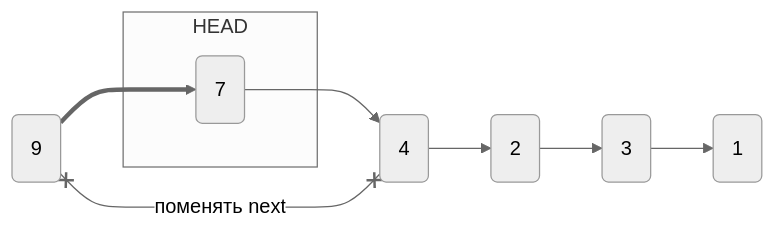
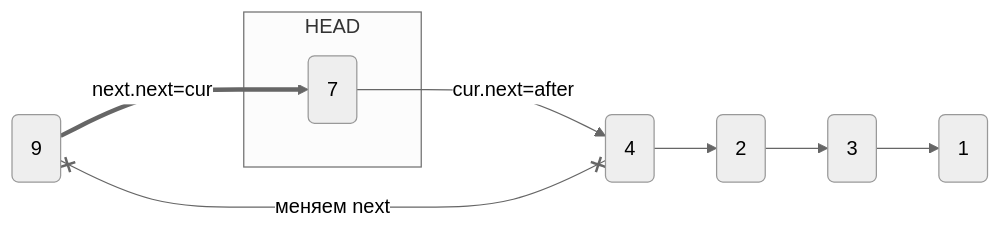
Diagram 13 of 16 in Sem/Sem3/LinkedList_LIFO.md (artem-uhnovets/gr4594-algo_data_structure), drawn with Mermaid (neutral theme) before and after one commit. The commit also changed other lines of this file and 2 other files, not shown here.

````diff
--- a/Sem/Sem3/LinkedList_LIFO.md
+++ b/Sem/Sem3/LinkedList_LIFO.md
@@ -236,17 +241,17 @@
 ```mermaid
 ---
 title: ""
 ---
 flowchart LR
 1("1")
 2("3")
 3("2")
 4("4")
 5("9")
 subgraph HEAD
 6("7")
 end
-5 ==> 6 --> 4 --> 3 --> 2 --> 1
-5 x--поменять next--x 4
+5 ==>|next.next=cur| 6 -->|cur.next=after| 4 --> 3 --> 2 --> 1
+5 x--меняем next--x 4
 
 ```
````
